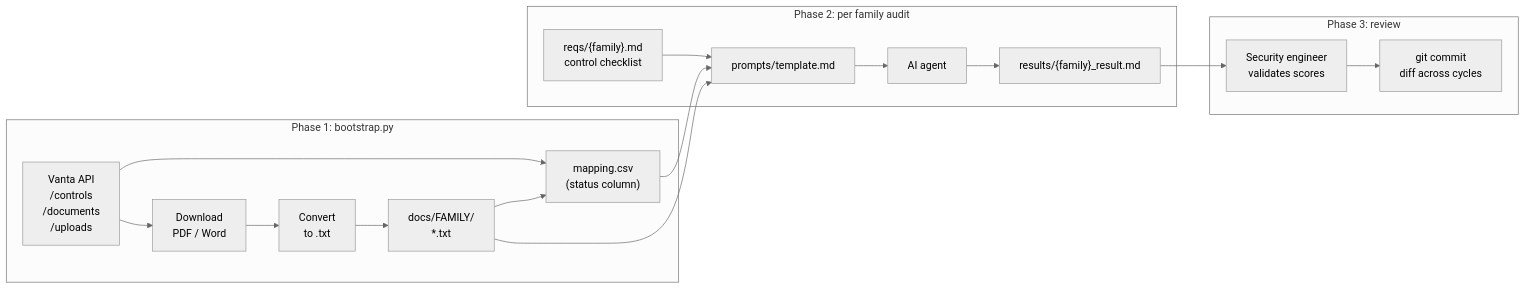
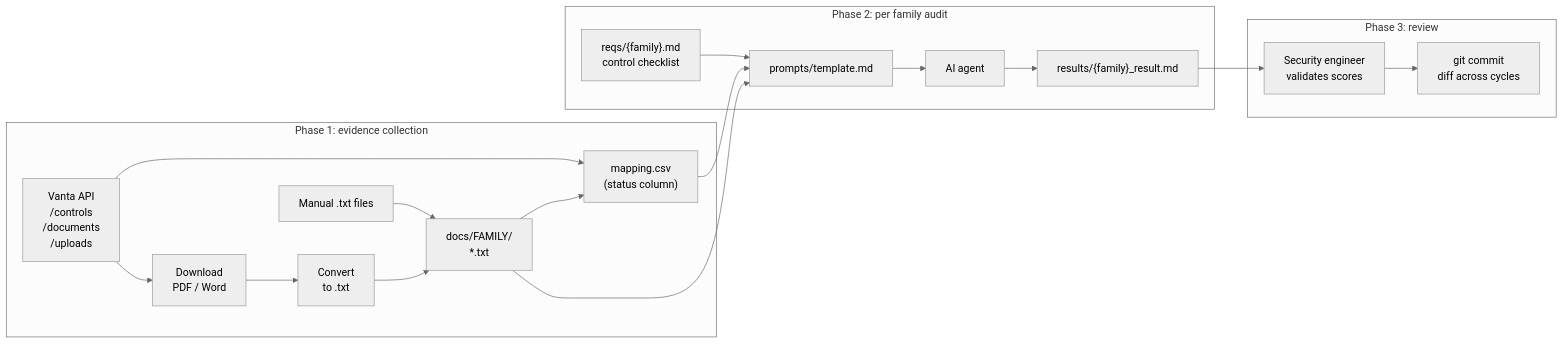
One commit to felipeloha/compliance changed the diagram in blog-posts/post-02-ai-compliance-audit.md. Above: the diagram before and after it, drawn with Mermaid (neutral theme). The commit also changed other lines of this file and 1 other file, not shown here.

````diff
--- a/blog-posts/post-02-ai-compliance-audit.md
+++ b/blog-posts/post-02-ai-compliance-audit.md
@@ -44,23 +38,24 @@
 ```mermaid
 flowchart LR
-    subgraph bootstrap ["Phase 1: bootstrap.py"]
+    subgraph evidence ["Phase 1: evidence collection"]
+        Manual["Manual .txt files"] --> DocsFolder
         VantaAPI["Vanta API\n/controls\n/documents\n/uploads"] --> Downloader["Download\nPDF / Word"]
         Downloader --> Converter["Convert\nto .txt"]
         Converter --> DocsFolder["docs/FAMILY/\n*.txt"]
         VantaAPI --> MappingGen["mapping.csv\n(status column)"]
         DocsFolder --> MappingGen
     end
 
     subgraph audit ["Phase 2: per family audit"]
         ReqFile["reqs/{family}.md\ncontrol checklist"] --> Prompt
         MappingGen --> Prompt["prompts/template.md"]
         DocsFolder --> Prompt
         Prompt --> Agent["AI agent"]
         Agent --> Result["results/{family}_result.md"]
     end
 
     subgraph review ["Phase 3: review"]
         Result --> Human["Security engineer\nvalidates scores"]
         Human --> Commit["git commit\ndiff across cycles"]
     end
 ```
````
